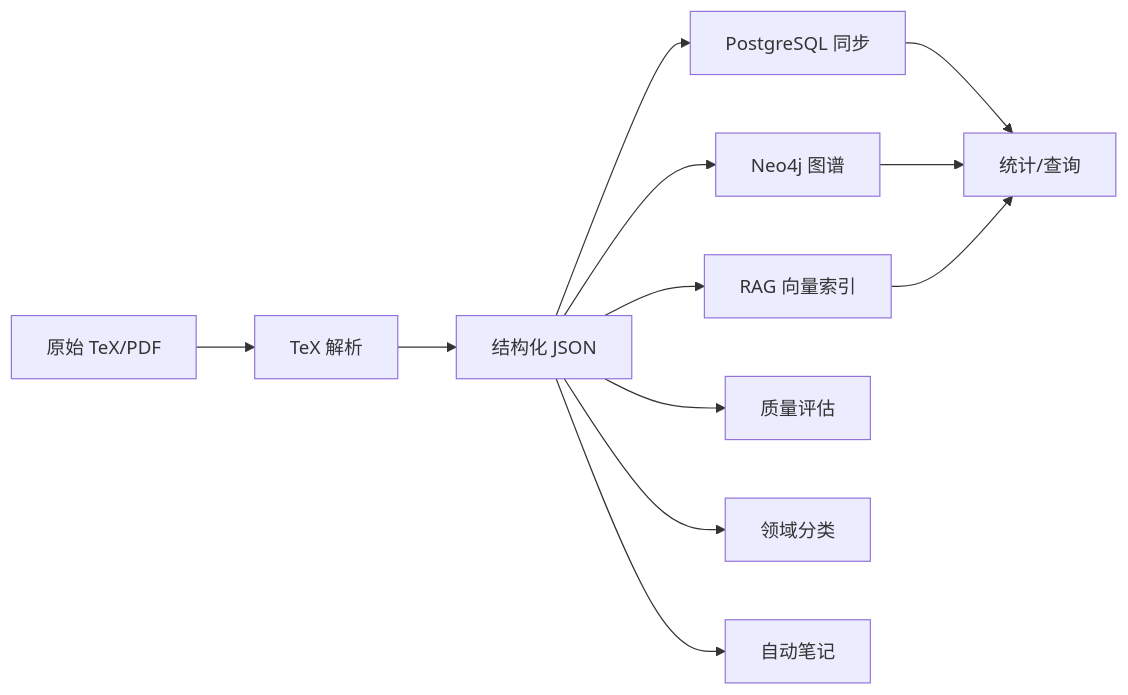
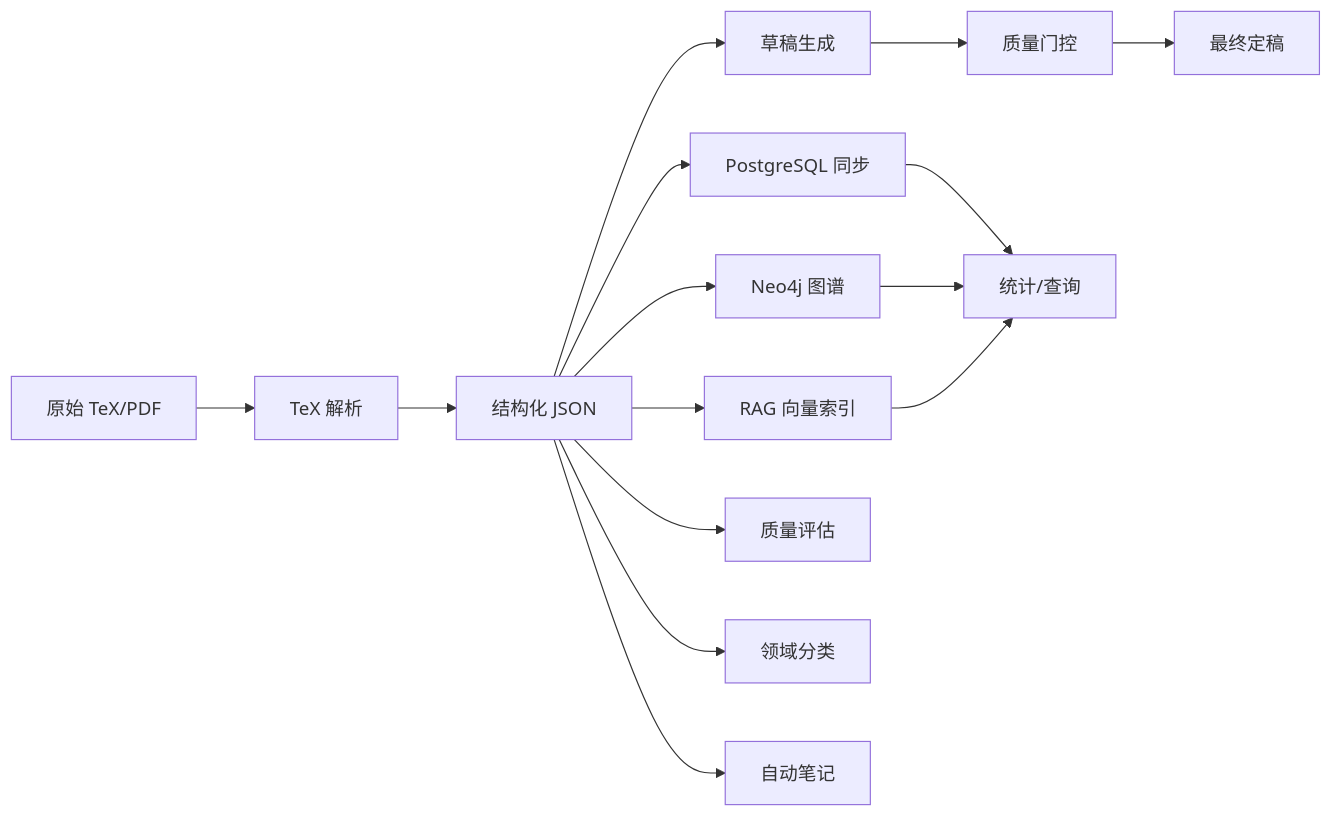
Before and after one commit to 1173591564/academic-based-qoder: the tenth of 10 diagrams in .qoder/repowiki/zh/content/学术研究工作流/学术研究工作流.md, drawn with Mermaid. The commit also changed other lines of this file and 89 other files, not shown here.

````diff
--- a/.qoder/repowiki/zh/content/学术研究工作流/学术研究工作流.md
+++ b/.qoder/repowiki/zh/content/学术研究工作流/学术研究工作流.md
@@ -419,14 +476,17 @@
 ```mermaid
 flowchart LR
 Raw["原始 TeX/PDF"] --> Parse["TeX 解析"]
 Parse --> JSON["结构化 JSON"]
+JSON --> Drafts["草稿生成"]
+Drafts --> Review["质量门控"]
+Review --> Final["最终定稿"]
 JSON --> PG["PostgreSQL 同步"]
 JSON --> Neo4j["Neo4j 图谱"]
 JSON --> RAG["RAG 向量索引"]
 JSON --> QA["质量评估"]
 JSON --> CL["领域分类"]
 JSON --> AN["自动笔记"]
 PG --> Insights["统计/查询"]
 Neo4j --> Insights
 RAG --> Insights
 ```
````
